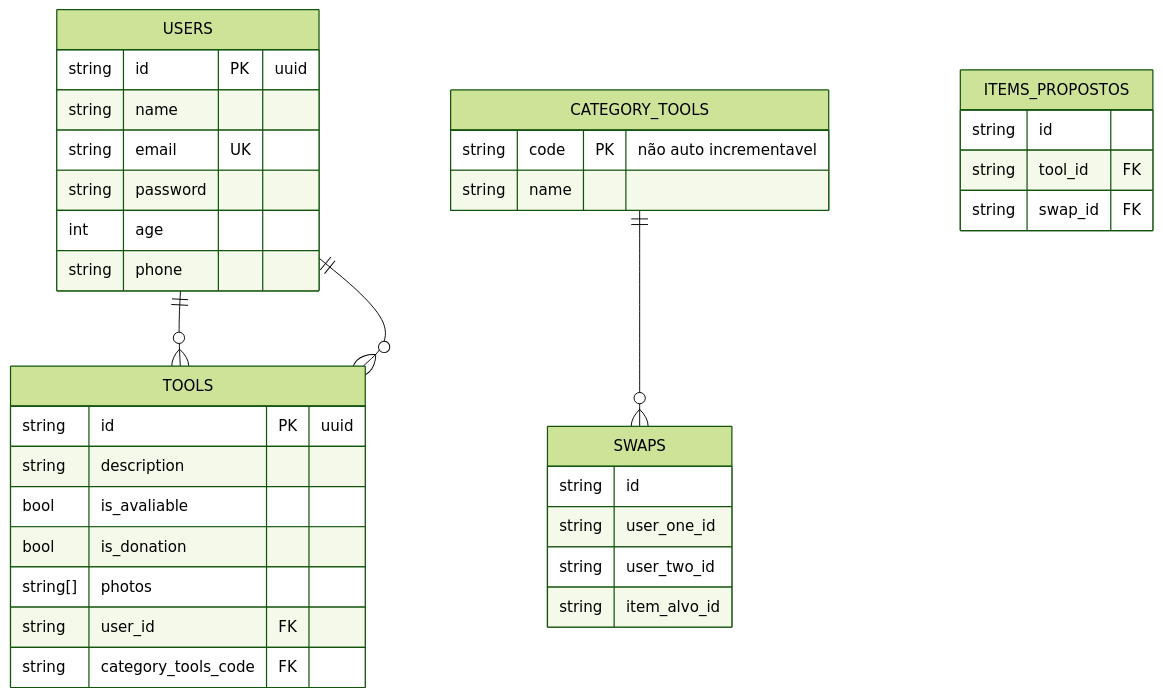
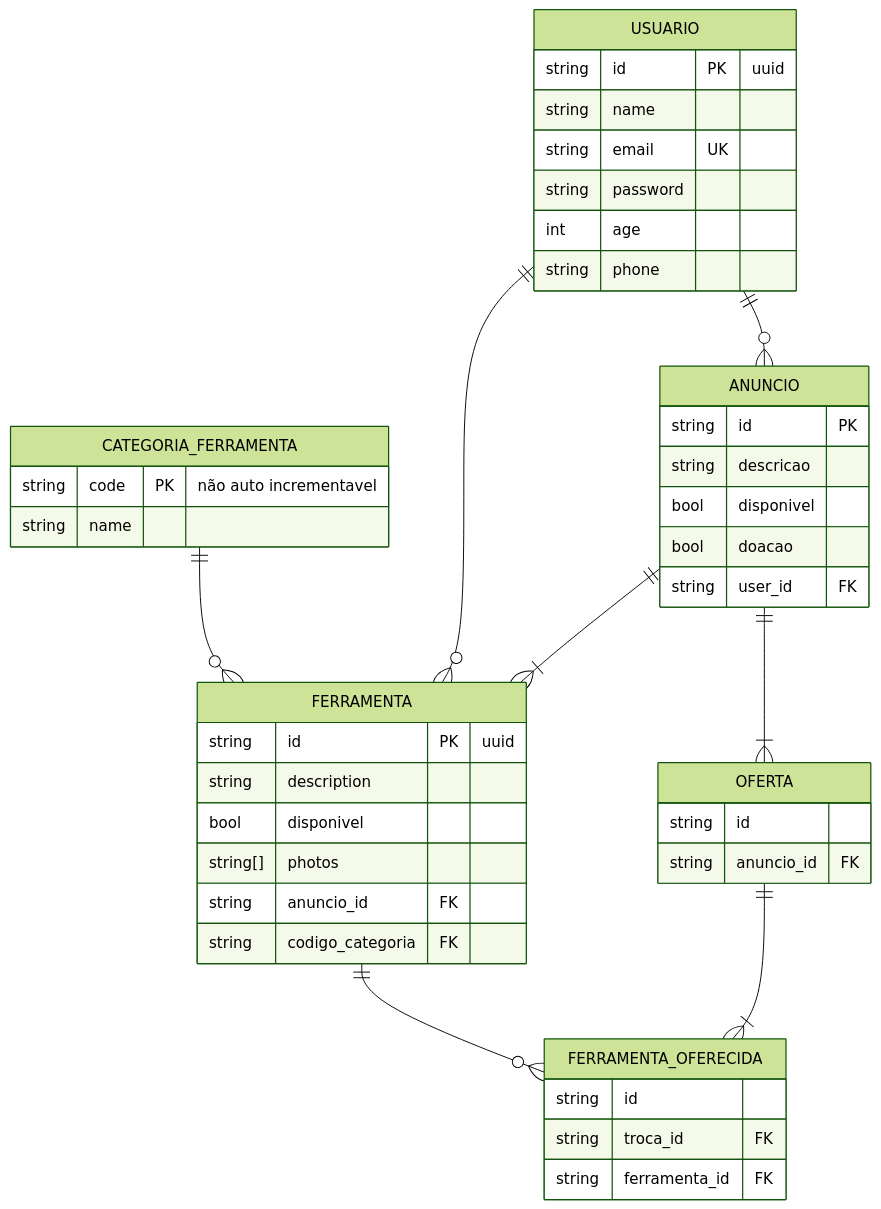
Before and after one commit to Marcos1701/Proj_Integrador_III: the second of 2 diagrams in Documentos_Relacionados/readme.md, drawn with Mermaid (forest theme).

````diff
--- a/Documentos_Relacionados/readme.md
+++ b/Documentos_Relacionados/readme.md
@@ -104,44 +104,54 @@
 ```mermaid
 erDiagram
-    USERS {
+    USUARIO {
         string id PK "uuid"
         string name
         string email UK
         string password
         int age
         string phone
     }
 
-    TOOLS {
+    FERRAMENTA {
         string id PK "uuid"
         string description
-        bool is_avaliable
-        bool is_donation
+        bool disponivel
         string[] photos
-        string user_id FK
-        string category_tools_code FK
+        string anuncio_id FK
+        string codigo_categoria FK
     }
 
-    CATEGORY_TOOLS {
+    CATEGORIA_FERRAMENTA {
         string code PK "não auto incrementavel" 
         string name
     }
 
-    SWAPS {
+    OFERTA {
         string id
-        string user_one_id
-        string user_two_id
-        string item_alvo_id
+        string anuncio_id FK
     }
 
-    ITEMS_PROPOSTOS {
+
+    FERRAMENTA_OFERECIDA {
         string id
-        string tool_id FK
-        string swap_id FK
+        string troca_id FK
+        string ferramenta_id FK
 
     }
 
-    USERS ||--o{ TOOLS : ""
-    CATEGORY_TOOLS ||--o{ SWAPS : ""
-    USERS ||--o{ TOOLS : ""
+    ANUNCIO {
+        string id PK
+        string descricao
+        bool disponivel
+        bool doacao
+        string user_id FK
+    }
+
+    USUARIO ||--O{ FERRAMENTA : ""
+    USUARIO ||--o{ ANUNCIO : ""
+    ANUNCIO ||--|{ FERRAMENTA : ""
+    CATEGORIA_FERRAMENTA ||--o{ FERRAMENTA : ""
+    OFERTA ||--|{ FERRAMENTA_OFERECIDA : ""
+    ANUNCIO ||--|{ OFERTA : ""
+    FERRAMENTA ||--o{ FERRAMENTA_OFERECIDA : "" 
 ```
````
